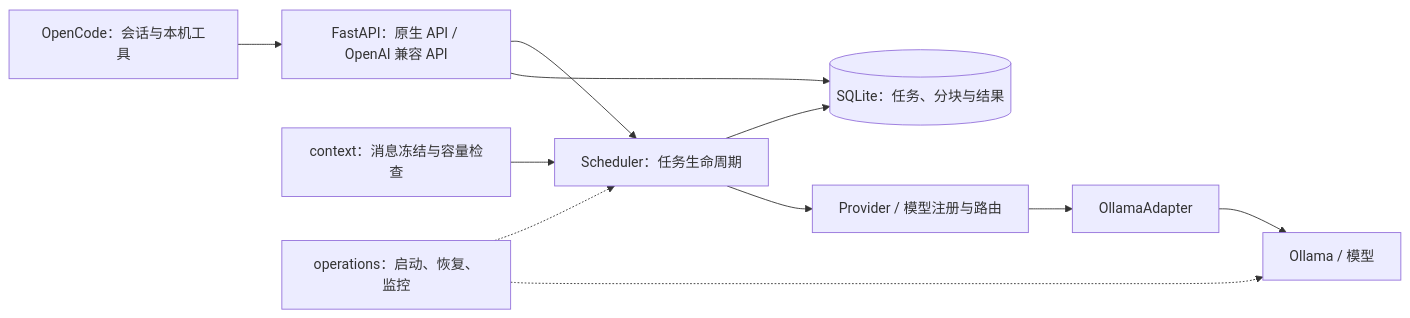
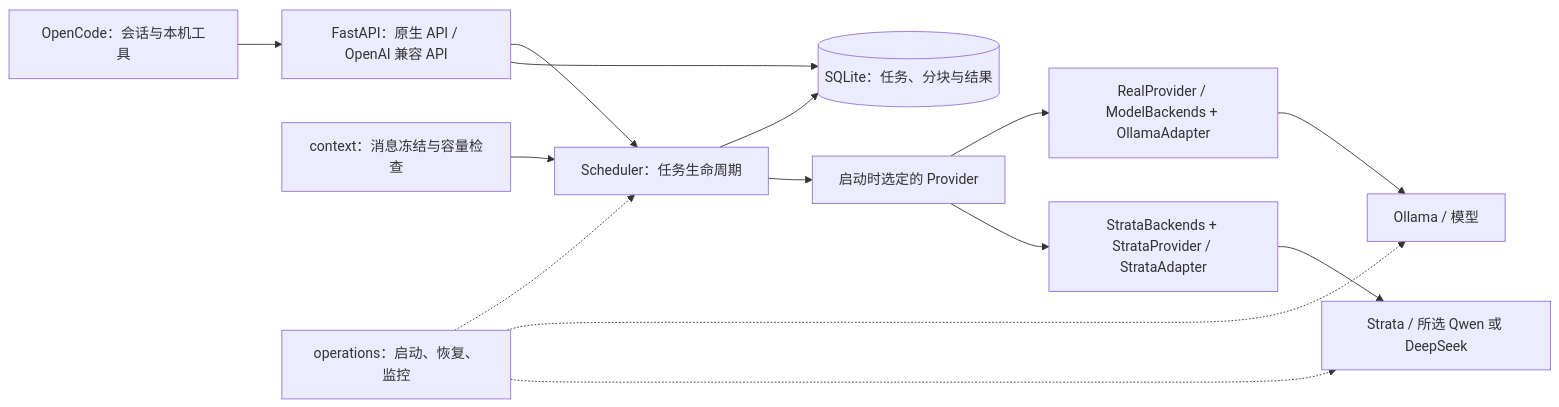
The first of 4 diagrams in docs/代码与软件工程导读.md (mahy616/AiServer), drawn with Mermaid before and after one commit. The commit also changed other lines of this file and 40 other files, not shown here.

````diff
--- a/docs/代码与软件工程导读.md
+++ b/docs/代码与软件工程导读.md
@@ -28,13 +32,16 @@
 ```mermaid
 flowchart LR
     OC["OpenCode：会话与本机工具"] --> API["FastAPI：原生 API / OpenAI 兼容 API"]
     API --> S["Scheduler：任务生命周期"]
     S --> DB[("SQLite：任务、分块与结果")]
     API --> DB
-    S --> P["Provider / 模型注册与路由"]
-    P --> A["OllamaAdapter"]
+    S --> P["启动时选定的 Provider"]
+    P --> A["RealProvider / ModelBackends + OllamaAdapter"]
     A --> O["Ollama / 模型"]
+    P --> SA["StrataBackends + StrataProvider / StrataAdapter"]
+    SA --> ST["Strata / 所选 Qwen 或 DeepSeek"]
     C["context：消息冻结与容量检查"] --> S
     M["operations：启动、恢复、监控"] -.-> S
     M -.-> O
+    M -.-> ST
 ```
````
